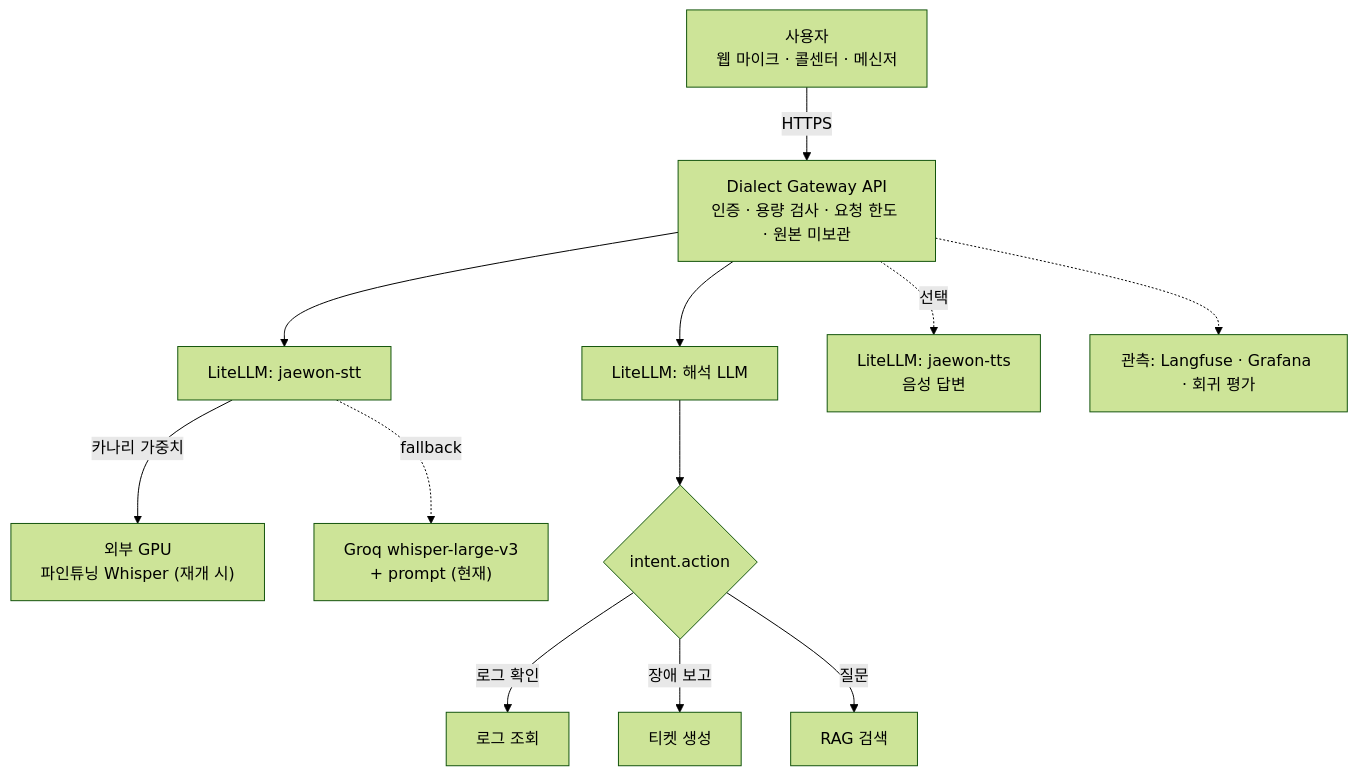
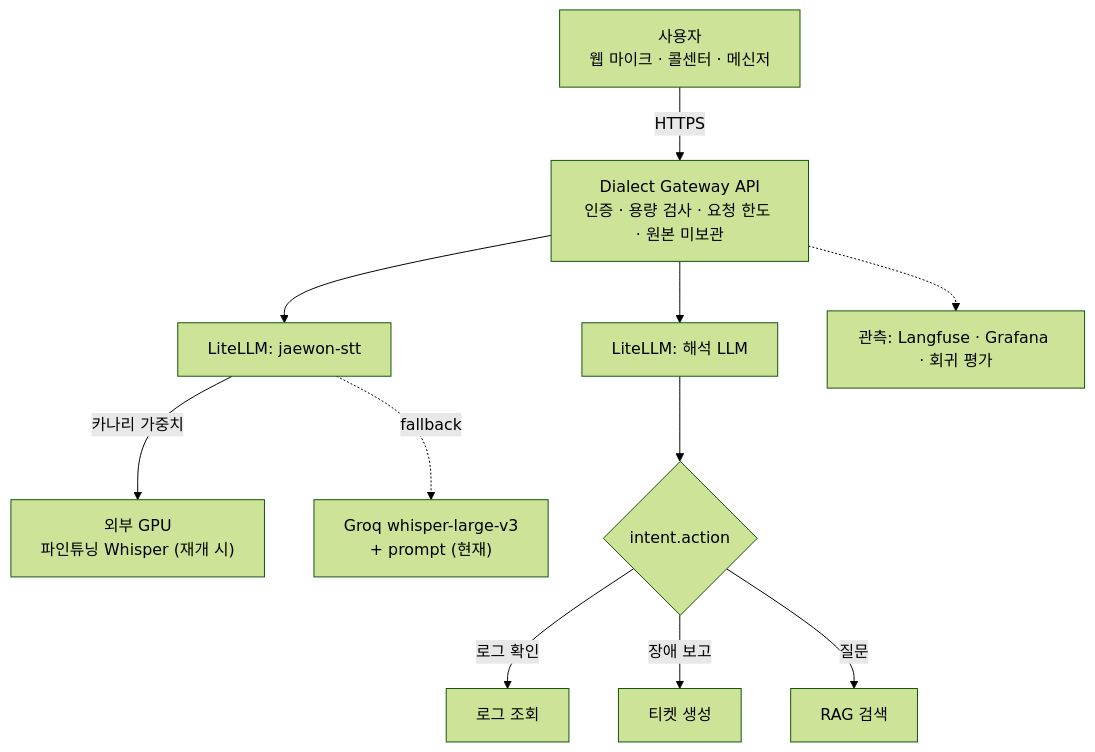
One commit to david365-lee/korean-dialect-stt changed the third of 3 diagrams in README.md. Above: the diagram before and after it, drawn with Mermaid (forest theme). The commit also changed other lines of this file and 30 other files, not shown here.

First line of the commit message:
Final README: single document, vivid charts, GPU/CPU split

````diff
--- a/README.md
+++ b/README.md
@@ -337,14 +297,13 @@
 ```mermaid
 flowchart TB
     C["사용자<br/>웹 마이크 · 콜센터 · 메신저"] -->|HTTPS| G["Dialect Gateway API<br/>인증 · 용량 검사 · 요청 한도 · 원본 미보관"]
     G --> L1["LiteLLM: jaewon-stt"]
     L1 -->|카나리 가중치| F["외부 GPU<br/>파인튜닝 Whisper (재개 시)"]
     L1 -.fallback.-> Q["Groq whisper-large-v3<br/>+ prompt (현재)"]
     G --> L2["LiteLLM: 해석 LLM"]
     L2 --> R{"intent.action"}
     R -->|로그 확인| K["로그 조회"]
     R -->|장애 보고| T["티켓 생성"]
     R -->|질문| A["RAG 검색"]
-    G -.선택.-> L3["LiteLLM: jaewon-tts<br/>음성 답변"]
     G -.-> O["관측: Langfuse · Grafana · 회귀 평가"]
 ```
````
